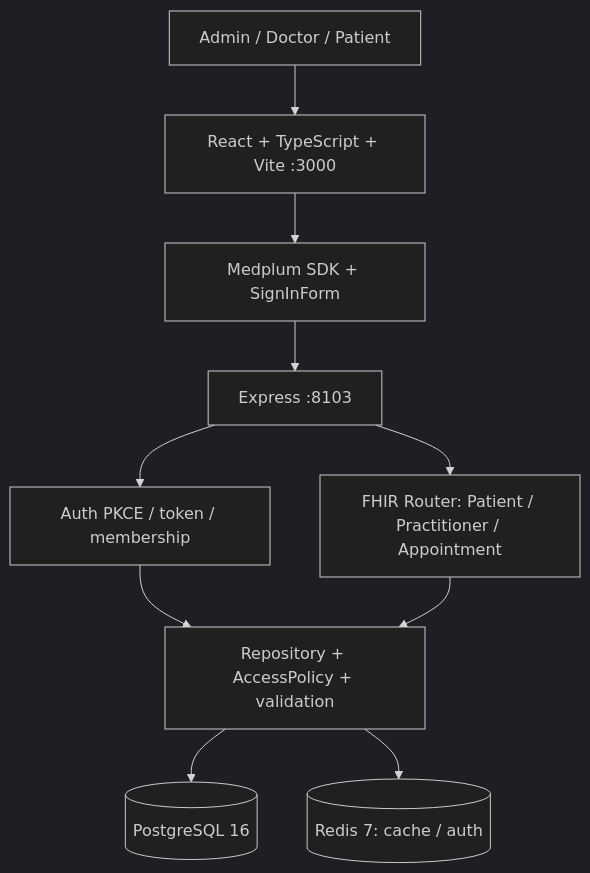
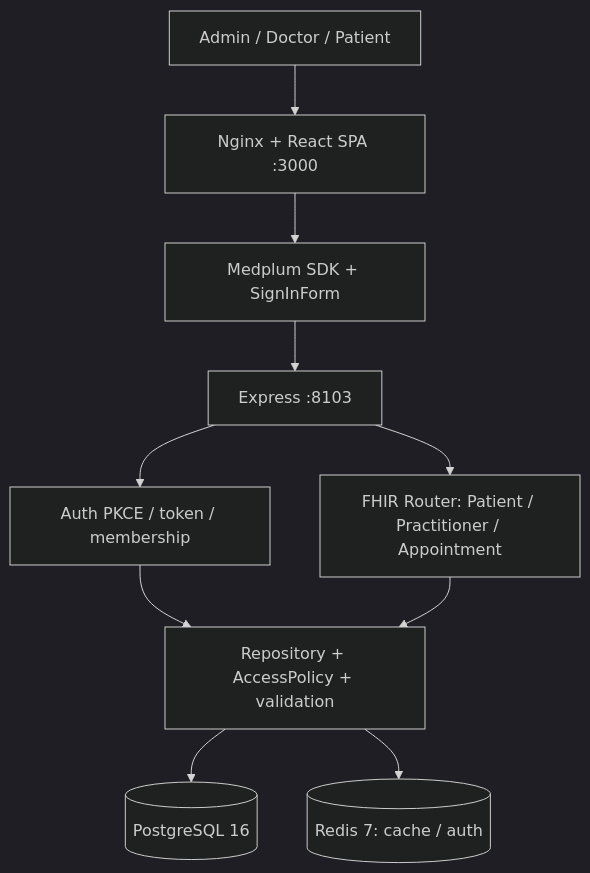
One commit to ntd1928/Smart-Hospital-Platform changed the diagram in docs/architecture/ARCHITECTURE.md. Above: the diagram before and after it, drawn with Mermaid (dark theme). The commit also changed other lines of this file and 15 other files, not shown here.

````diff
--- a/docs/architecture/ARCHITECTURE.md
+++ b/docs/architecture/ARCHITECTURE.md
@@ -3,12 +3,12 @@
 ```mermaid
 flowchart TD
-  U[Admin / Doctor / Patient] --> WEB[React + TypeScript + Vite :3000]
+  U[Admin / Doctor / Patient] --> WEB[Nginx + React SPA :3000]
   WEB --> SDK[Medplum SDK + SignInForm]
   SDK --> API[Express :8103]
   API --> AUTH[Auth PKCE / token / membership]
   API --> FHIR[FHIR Router: Patient / Practitioner / Appointment]
   AUTH --> REPO[Repository + AccessPolicy + validation]
   FHIR --> REPO
   REPO --> PG[(PostgreSQL 16)]
   REPO --> R[(Redis 7: cache / auth)]
 ```
````
